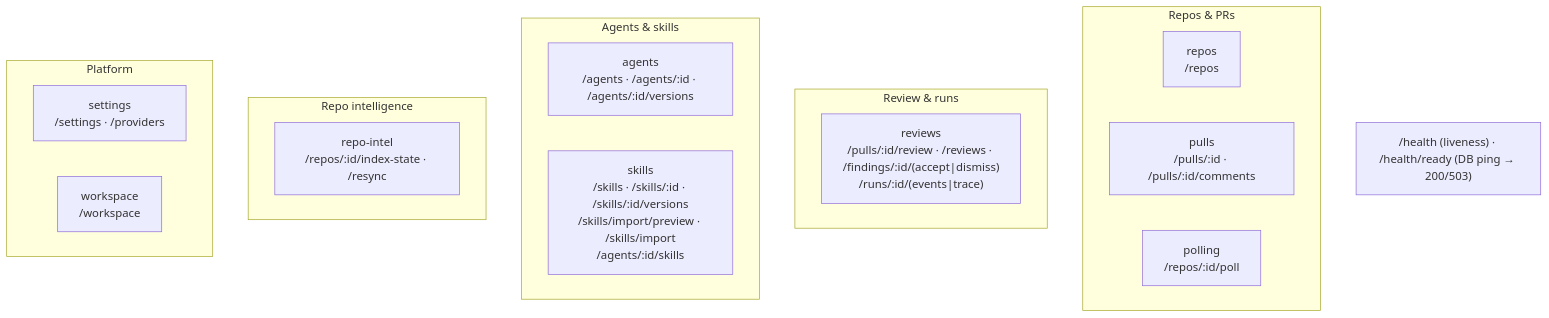
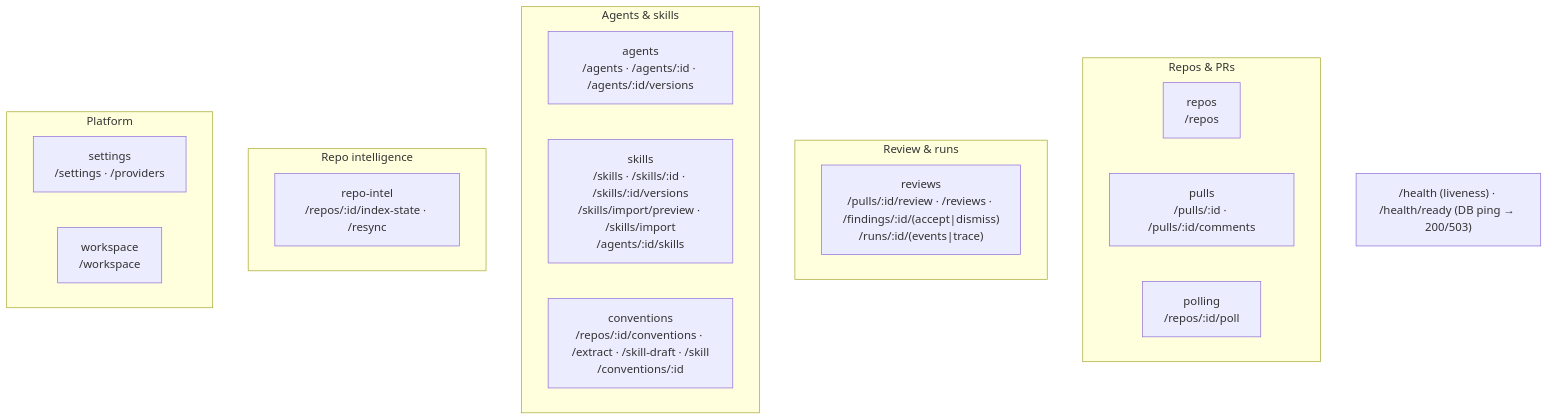
One commit to vvysotsk/devDigest changed the second of 2 diagrams in server/README.md. Above: the diagram before and after it, drawn with Mermaid. The commit also changed other lines of this file and 27 other files, not shown here.

````diff
--- a/server/README.md
+++ b/server/README.md
@@ -64,23 +65,24 @@
 ```mermaid
 flowchart TB
   subgraph Repos_PRs["Repos & PRs"]
     repos["repos<br/>/repos"]
     pulls["pulls<br/>/pulls/:id · /pulls/:id/comments"]
     polling["polling<br/>/repos/:id/poll"]
   end
   subgraph Review["Review & runs"]
     reviews["reviews<br/>/pulls/:id/review · /reviews · /findings/:id/(accept|dismiss)<br/>/runs/:id/(events|trace)"]
   end
   subgraph Agents["Agents & skills"]
     agents["agents<br/>/agents · /agents/:id · /agents/:id/versions"]
     skills["skills<br/>/skills · /skills/:id · /skills/:id/versions<br/>/skills/import/preview · /skills/import<br/>/agents/:id/skills"]
+    conventions["conventions<br/>/repos/:id/conventions · /extract · /skill-draft · /skill<br/>/conventions/:id"]
   end
   subgraph Intel["Repo intelligence"]
     repoIntel["repo-intel<br/>/repos/:id/index-state · /resync"]
   end
   subgraph Platform["Platform"]
     settings["settings<br/>/settings · /providers"]
     workspace["workspace<br/>/workspace"]
   end
   HEALTH["/health (liveness) · /health/ready (DB ping → 200/503)"]
 ```
````
